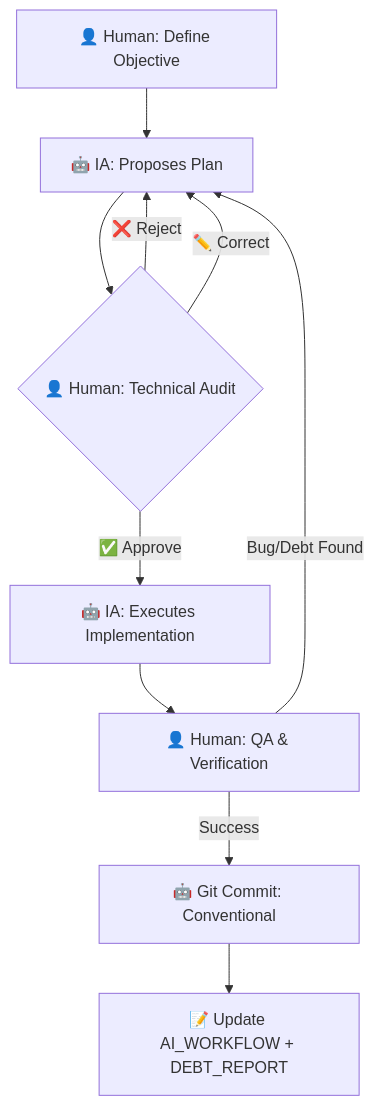
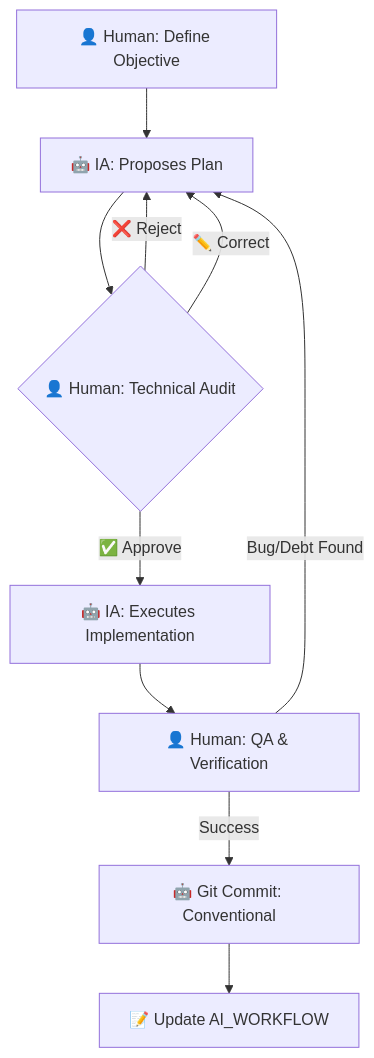
Before and after one commit to jhorman10/IA_P1_Fork: the diagram in AI_WORKFLOW.md, drawn with Mermaid. The commit also changed other lines of this file, not shown here.

First line of the commit message:
docs(workflow): reestructura AI_WORKFLOW.md a nivel C-Level profesional

````diff
--- a/AI_WORKFLOW.md
+++ b/AI_WORKFLOW.md
@@ -15,12 +81,12 @@
 ```mermaid
 graph TD
     A[👤 Human: Define Objective] --> B[🤖 IA: Proposes Plan]
     B --> C{👤 Human: Technical Audit}
     C -- ❌ Reject --> B
     C -- ✏️ Correct --> B
     C -- ✅ Approve --> D[🤖 IA: Executes Implementation]
     D --> E[👤 Human: QA & Verification]
     E -- Bug/Debt Found --> B
     E -- Success --> F[🤖 Git Commit: Conventional]
-    F --> G[📝 Update AI_WORKFLOW + DEBT_REPORT]
+    F --> G[📝 Update AI_WORKFLOW]
 ```
````
